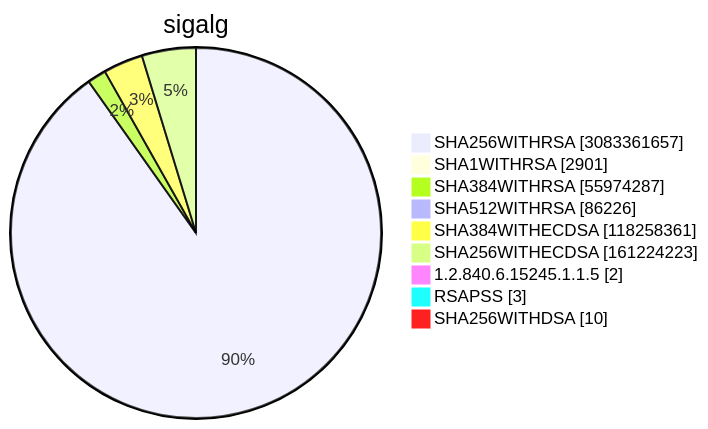
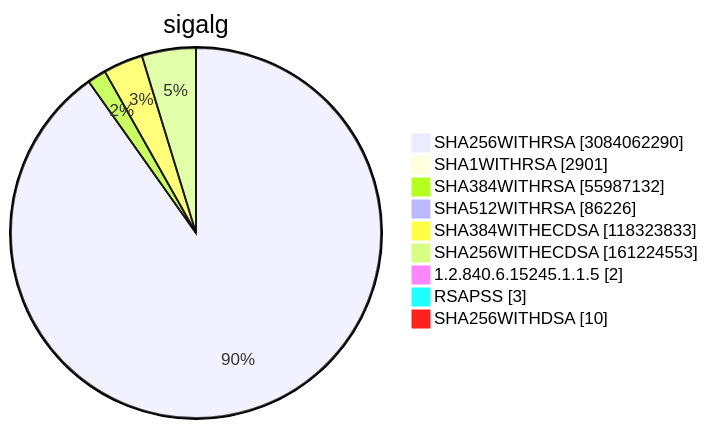
One commit to christiankrug/ctmonitor_visualization changed diagram 15 of 15 in TOTAL/README.md. Above: the diagram before and after it, drawn with Mermaid. The commit also changed other lines of this file, not shown here.

````diff
--- a/TOTAL/README.md
+++ b/TOTAL/README.md
@@ -6210,13 +6210,13 @@
 ```mermaid
 pie showData
 title sigalg
-"SHA256WITHRSA" :3083361657
+"SHA256WITHRSA" :3084062290
 "SHA1WITHRSA" :2901
-"SHA384WITHRSA" :55974287
+"SHA384WITHRSA" :55987132
 "SHA512WITHRSA" :86226
-"SHA384WITHECDSA" :118258361
-"SHA256WITHECDSA" :161224223
+"SHA384WITHECDSA" :118323833
+"SHA256WITHECDSA" :161224553
 "1.2.840.6.15245.1.1.5" :2
 "RSAPSS" :3
 "SHA256WITHDSA" :10
 ```
````
